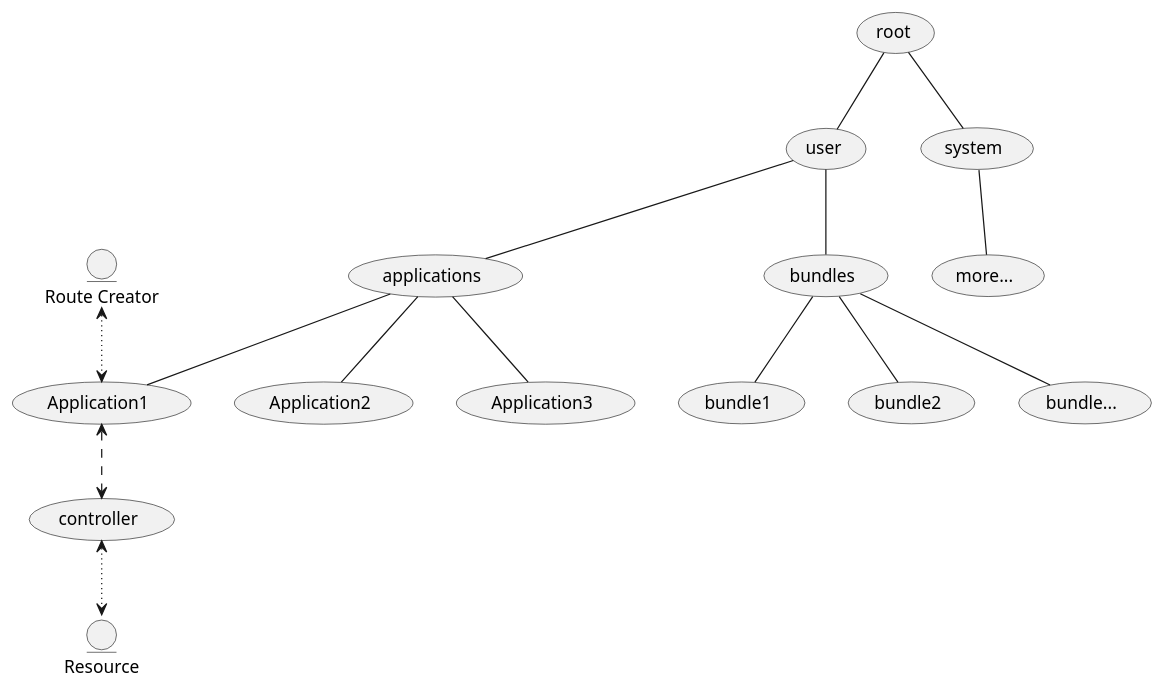
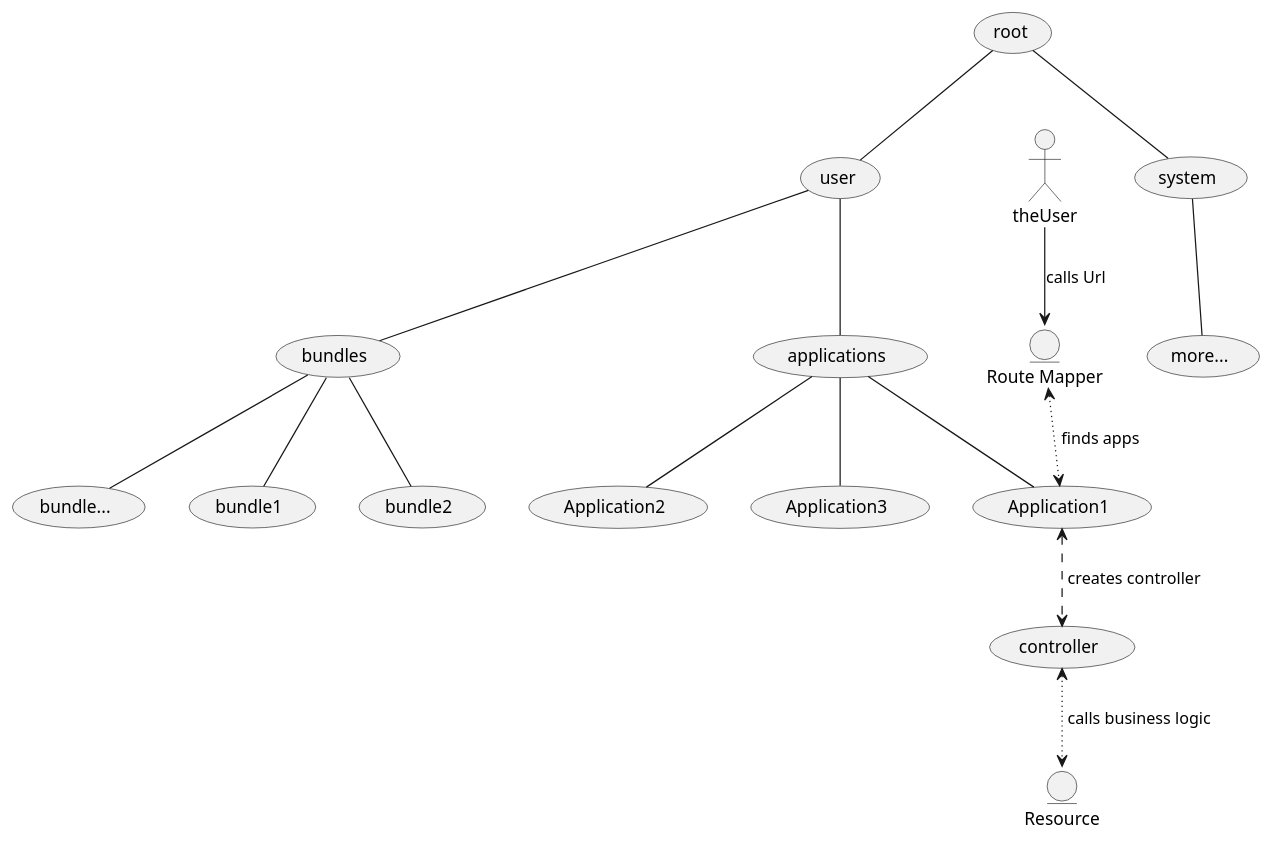
One commit to evandor/skysail-core changed the diagram in skysail.core/etc/docs/hierarchie.puml. Above: the diagram before and after it, drawn with PlantUML. The commit also changed 5 other files, not shown here.

```diff
--- a/skysail.core/etc/docs/hierarchie.puml
+++ b/skysail.core/etc/docs/hierarchie.puml
@@ -1,44 +1,48 @@
 @startuml
 usecase  root
 usecase  user
 usecase  system
 usecase  applications
 
-entity RouteCreator [
-Route Creator
+entity RouteMapper [
+Route Mapper
 ]
 
 usecase  bundles
 usecase  bundle1
 usecase  bundle2
 usecase  bundle...
 usecase  Application1
 usecase  Application2
 usecase  Application3
 usecase controller
 usecase more...
+
+actor "theUser"
 
 entity Resource
 
 root -- user
 root -- system
 
 system -- more...
 user -- applications
 user -- bundles
 
 bundles -- bundle1
 bundles -- bundle2
 bundles -- bundle...
 
 applications -- Application1
 applications -- Application2
 applications -- Application3
 
-RouteCreator <~~> Application1
+theUser --> RouteMapper: calls Url
 
-Application1 <..> controller
+RouteMapper <~~> Application1 : " finds apps"
 
-controller <~~> Resource
+Application1 <..> controller : " creates controller"
+
+controller <~~> Resource : " calls business logic"
 
 @enduml
```
